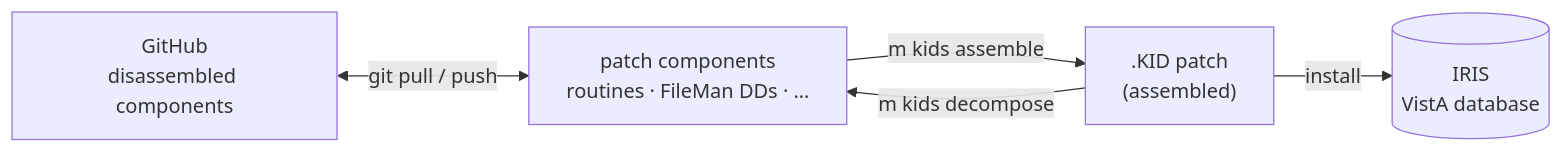
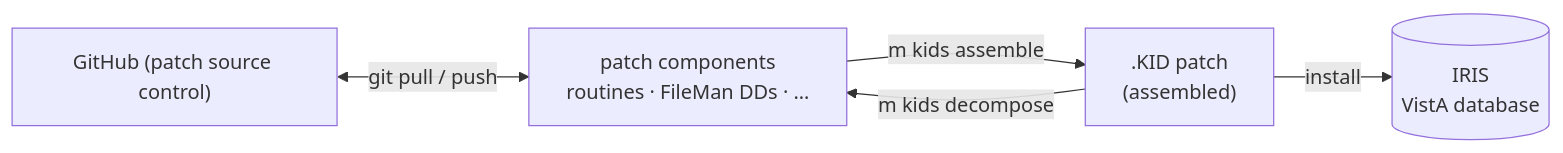
One commit to vista-cloud-dev/.github changed the second of 7 diagrams in profile/README.md. Above: the diagram before and after it, drawn with Mermaid. The commit also changed other lines of this file, not shown here.

First line of the commit message:
docs: clarify version-control node labels

````diff
--- a/profile/README.md
+++ b/profile/README.md
@@ -112,12 +112,12 @@
 ```mermaid
 flowchart LR
-    gh["GitHub<br/>disassembled components"]
+    gh["GitHub (patch source control)"]
     comps["patch components<br/>routines · FileMan DDs · …"]
     kid[".KID patch<br/>(assembled)"]
     iris[("IRIS<br/>VistA database")]
 
     gh <-->|git pull / push| comps
     kid -->|m kids decompose| comps
     comps -->|m kids assemble| kid
     kid -->|install| iris
 ```
````
